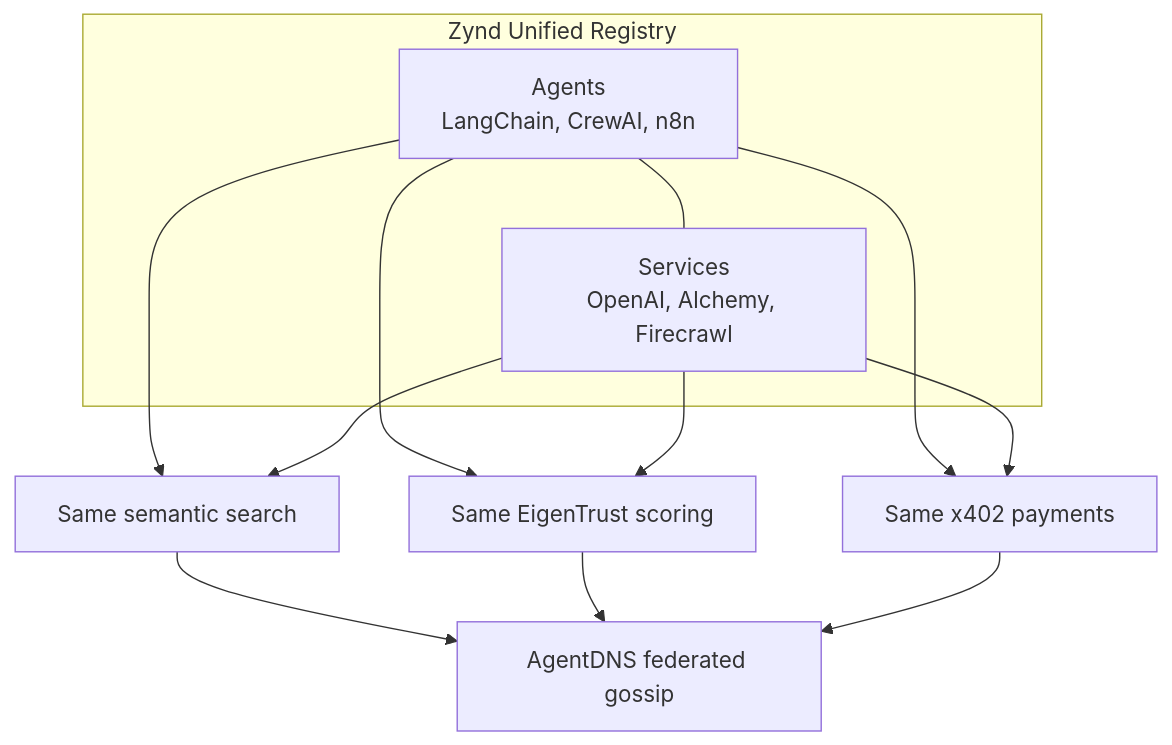
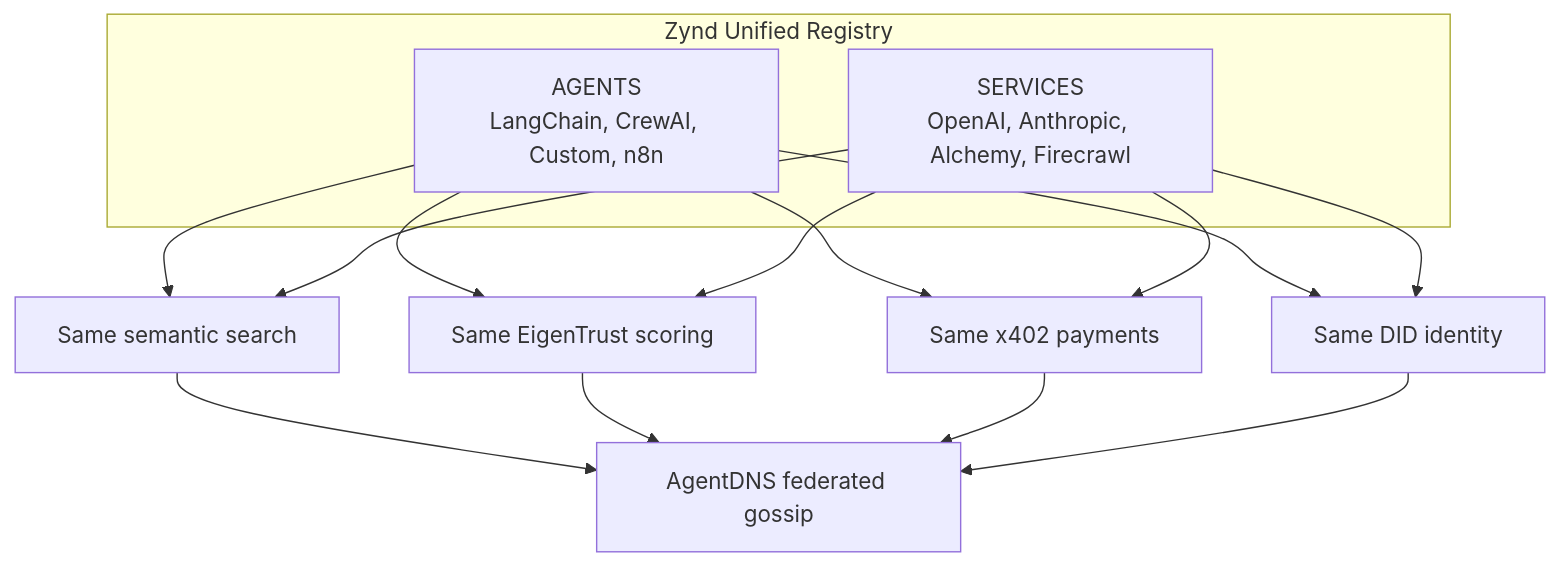
The diagram in ideas/zynd-services-directory.md (zyndai/AgentDNS), drawn with Mermaid before and after one commit. The commit also changed other lines of this file, not shown here.

First line of the commit message:
Revise Zynd Services Directory with competitive analysis

````diff
--- a/ideas/zynd-services-directory.md
+++ b/ideas/zynd-services-directory.md
@@ -45,10 +220,12 @@
 ```mermaid
 graph TB
     subgraph "Zynd Unified Registry"
-        A[Agents<br/>LangChain, CrewAI, n8n] --- S[Services<br/>OpenAI, Alchemy, Firecrawl]
+        A["AGENTS<br/>LangChain, CrewAI, Custom, n8n"]
+        S["SERVICES<br/>OpenAI, Anthropic, Alchemy, Firecrawl"]
     end
-    A & S --> Search[Same semantic search]
-    A & S --> Trust[Same EigenTrust scoring]
-    A & S --> Pay[Same x402 payments]
-    Search & Trust & Pay --> Gossip[AgentDNS federated gossip]
+    A & S --> Search["Same semantic search"]
+    A & S --> Trust["Same EigenTrust scoring"]
+    A & S --> Pay["Same x402 payments"]
+    A & S --> DID["Same DID identity"]
+    Search & Trust & Pay & DID --> Gossip["AgentDNS federated gossip"]
 ```
````
